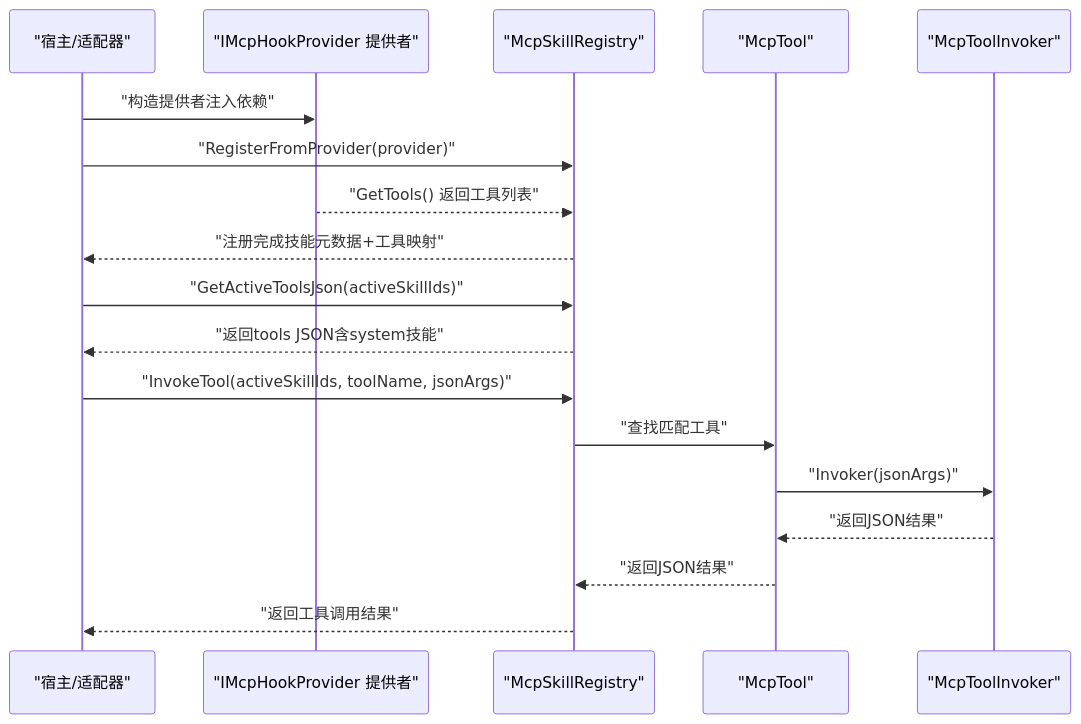
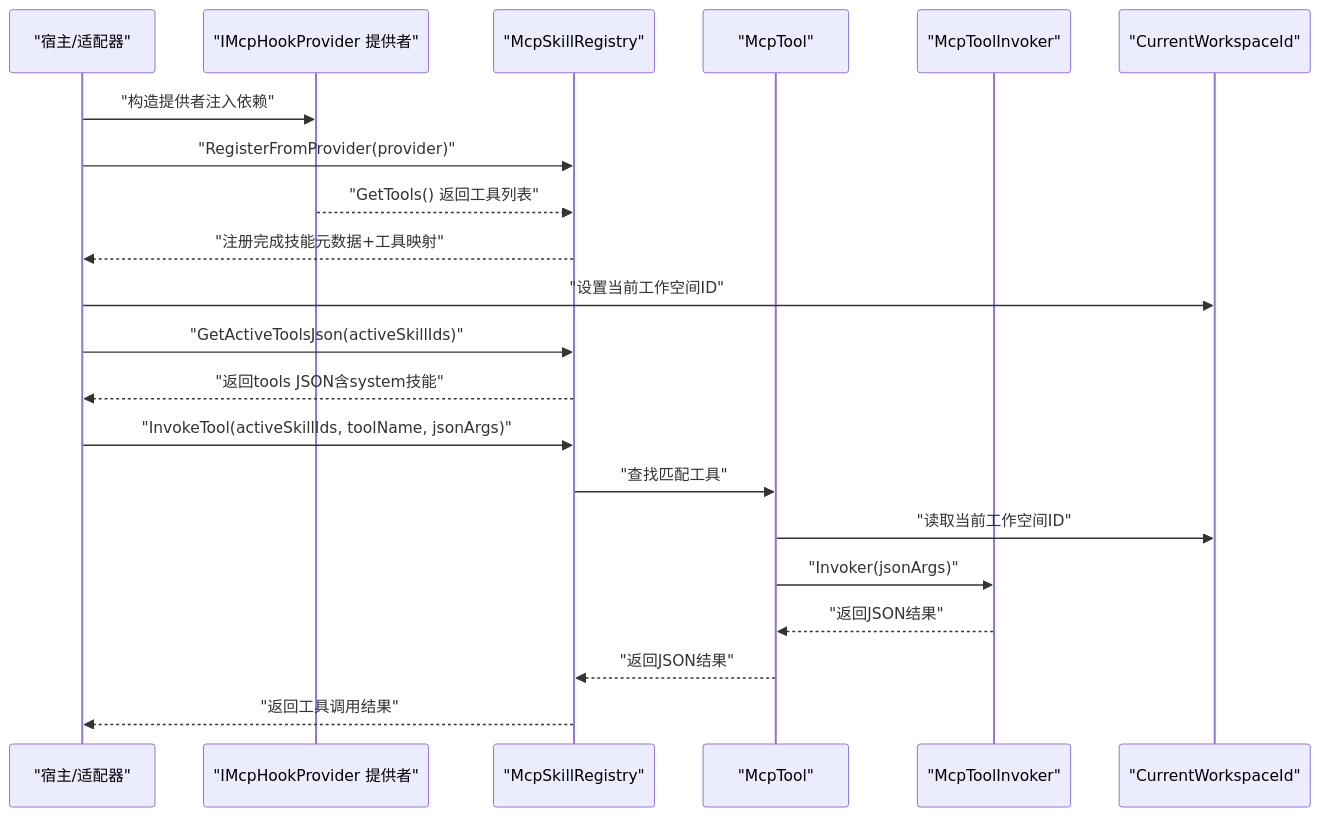
The second of 7 diagrams in .qoder/repowiki/zh/content/基础设施实现/MCP提供者.md (suzvka/NPCLife), drawn with Mermaid before and after one commit. The commit also changed other lines of this file and 25 other files, not shown here.

````diff
--- a/.qoder/repowiki/zh/content/基础设施实现/MCP提供者.md
+++ b/.qoder/repowiki/zh/content/基础设施实现/MCP提供者.md
@@ -123,20 +137,23 @@
 ```mermaid
 sequenceDiagram
 participant Host as "宿主/适配器"
 participant Provider as "IMcpHookProvider 提供者"
 participant Registry as "McpSkillRegistry"
 participant Tool as "McpTool"
 participant Invoker as "McpToolInvoker"
+participant Context as "CurrentWorkspaceId"
 Host->>Provider : "构造提供者注入依赖"
 Host->>Registry : "RegisterFromProvider(provider)"
 Provider-->>Registry : "GetTools() 返回工具列表"
 Registry-->>Host : "注册完成技能元数据+工具映射"
+Host->>Context : "设置当前工作空间ID"
 Host->>Registry : "GetActiveToolsJson(activeSkillIds)"
 Registry-->>Host : "返回tools JSON含system技能"
 Host->>Registry : "InvokeTool(activeSkillIds, toolName, jsonArgs)"
 Registry->>Tool : "查找匹配工具"
+Tool->>Context : "读取当前工作空间ID"
 Tool->>Invoker : "Invoker(jsonArgs)"
 Invoker-->>Tool : "返回JSON结果"
 Tool-->>Registry : "返回JSON结果"
 Registry-->>Host : "返回工具调用结果"
 ```
````
